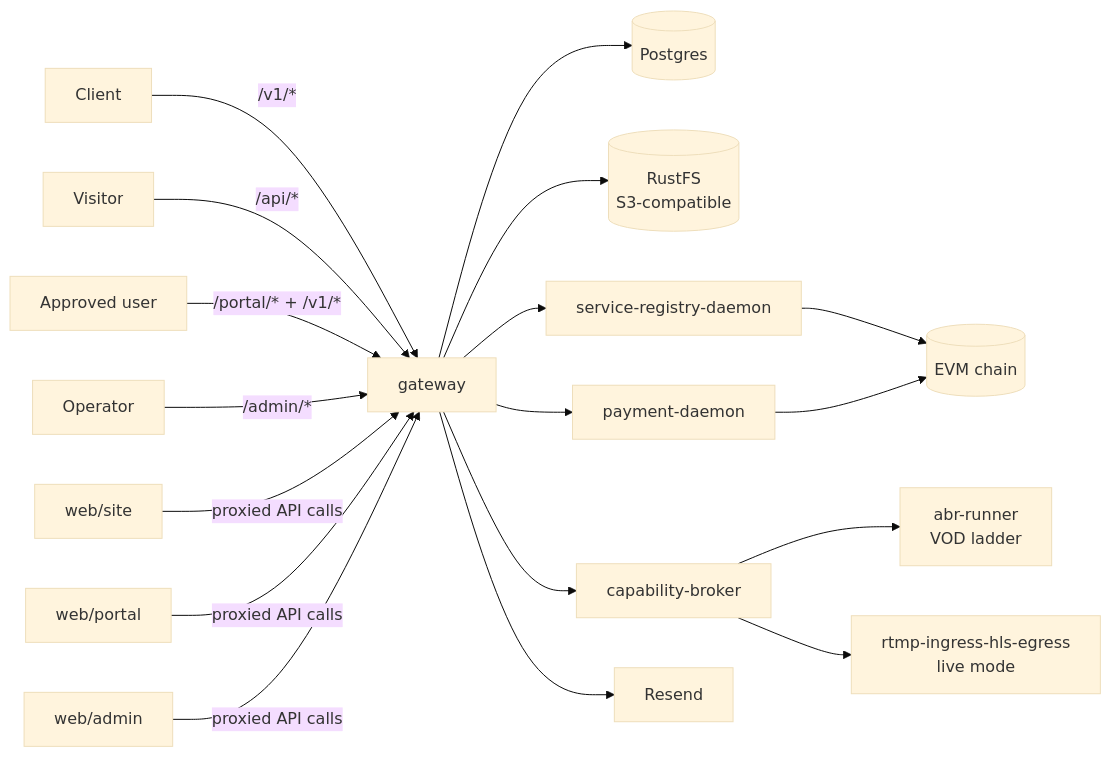
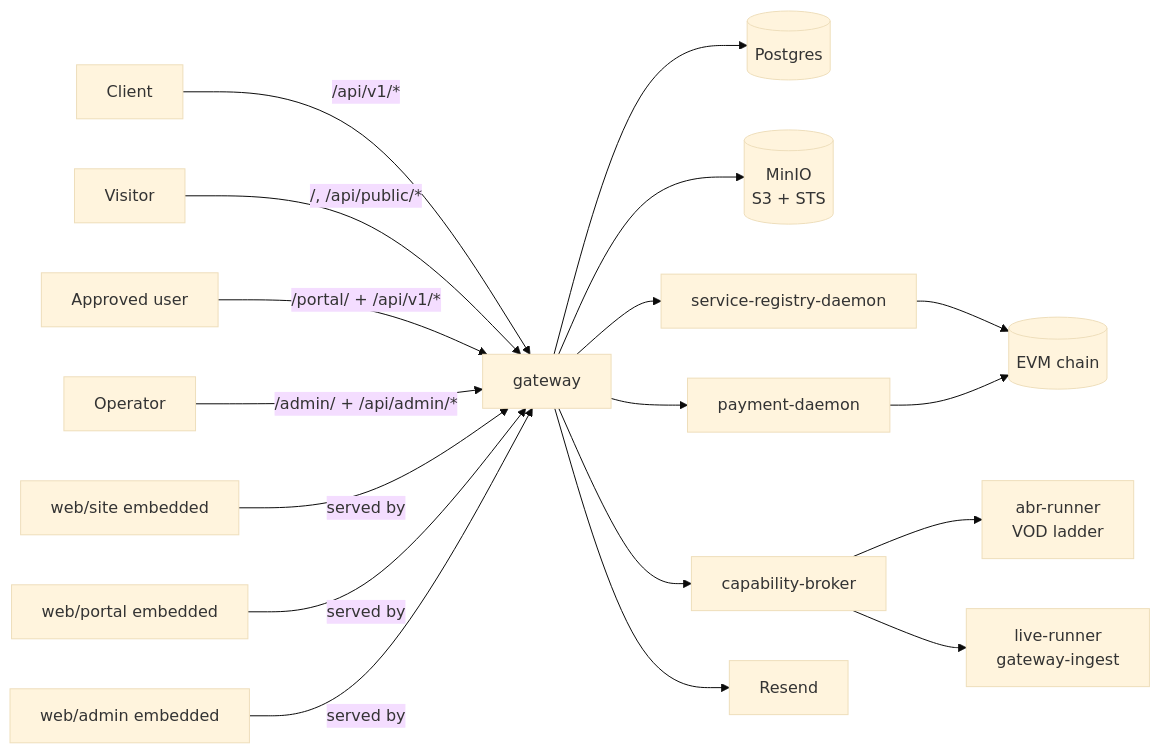
Before and after one commit to Cloud-SPE/livepeer-modules-transcode-gateway: the first of 3 diagrams in README.md, drawn with Mermaid (base theme). The commit also changed other lines of this file and 29 other files, not shown here.

Commit message:
docs: sweep architecture and product updates

````diff
--- a/README.md
+++ b/README.md
@@ -83,23 +103,23 @@
 ```mermaid
 flowchart LR
-  SDK[Client] -->|/v1/*| GW[gateway]
-  SiteUser[Visitor] -->|/api/*| GW
-  PortalUser[Approved user] -->|/portal/* + /v1/*| GW
-  AdminUser[Operator] -->|/admin/*| GW
+  SDK[Client] -->|/api/v1/*| GW[gateway]
+  SiteUser[Visitor] -->|/, /api/public/*| GW
+  PortalUser[Approved user] -->|/portal/ + /api/v1/*| GW
+  AdminUser[Operator] -->|/admin/ + /api/admin/*| GW
 
-  SITE[web/site] -->|proxied API calls| GW
-  PORTAL[web/portal] -->|proxied API calls| GW
-  ADMIN[web/admin] -->|proxied API calls| GW
+  SITE[web/site embedded] -->|served by| GW
+  PORTAL[web/portal embedded] -->|served by| GW
+  ADMIN[web/admin embedded] -->|served by| GW
 
   GW --> DB[(Postgres)]
-  GW --> RUSTFS[(RustFS<br/>S3-compatible)]
+  GW --> MINIO[(MinIO<br/>S3 + STS)]
   GW --> REG[service-registry-daemon]
   GW --> PAY[payment-daemon]
   GW --> BROKER[capability-broker]
   BROKER --> ABRRUN[abr-runner<br/>VOD ladder]
-  BROKER --> RTMPRUN[rtmp-ingress-hls-egress<br/>live mode]
+  BROKER --> LIVERUN[live-runner<br/>gateway-ingest]
   GW --> EMAIL[Resend]
 
   REG --> CHAIN[(EVM chain)]
   PAY --> CHAIN
 ```
````
